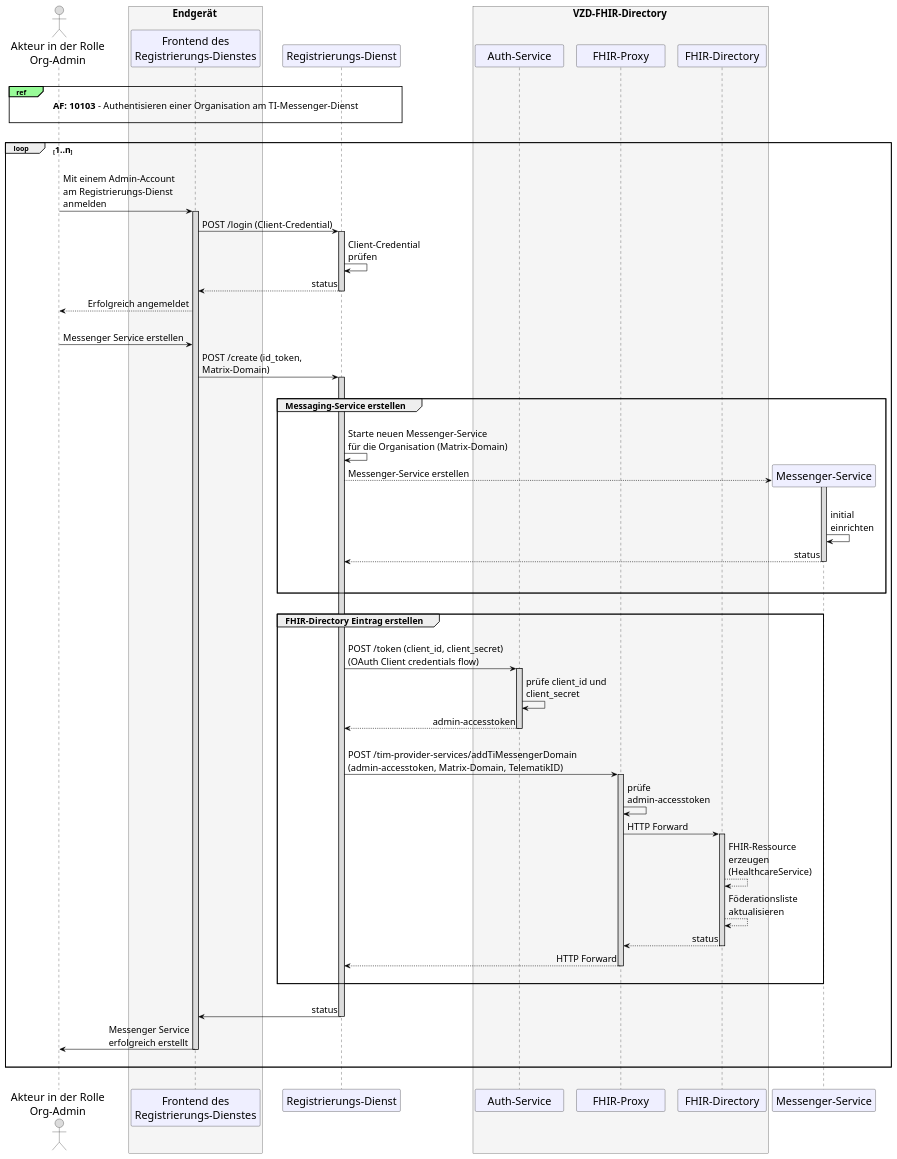
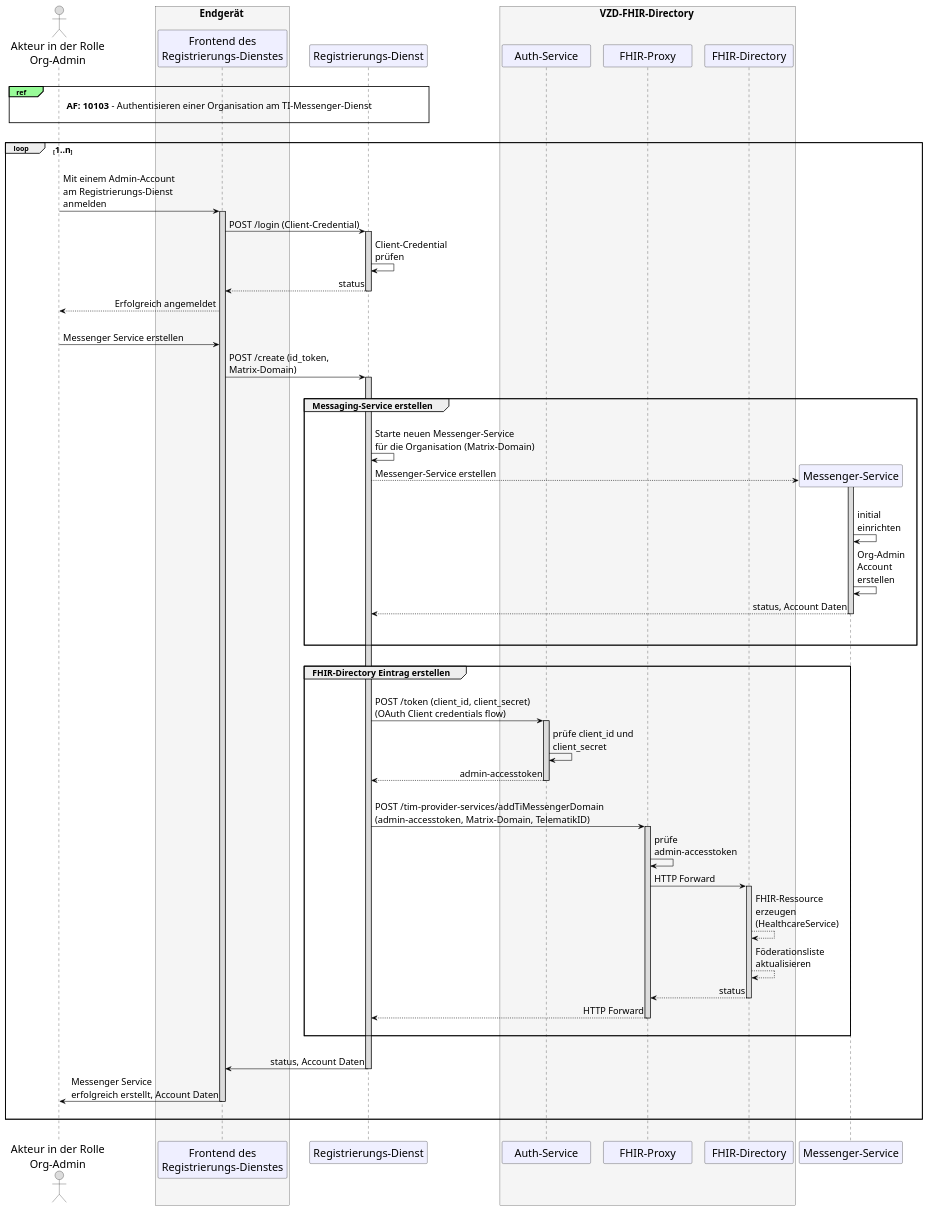
One commit to gematik/api-ti-messenger changed the diagram in src/plantuml/TI-Messenger-Dienst/Ressourcen/UC_10060_Seq.puml. Above: the diagram before and after it, drawn with PlantUML.

```diff
--- a/src/plantuml/TI-Messenger-Dienst/Ressourcen/UC_10060_Seq.puml
+++ b/src/plantuml/TI-Messenger-Dienst/Ressourcen/UC_10060_Seq.puml
@@ -9,107 +9,108 @@
 @startuml
 skinparam sequenceMessageAlign direction
 skinparam WrapWidth 300
 skinparam minClassWidth 150
 skinparam BoxPadding 1
 skinparam sequenceReferenceHeaderBackgroundColor palegreen
 scale max 2048 width
 
 skinparam sequence {
 ArrowColor black
 ArrowFontSize 17
 ActorBorderColor black
 LifeLineBorderColor black
 LifeLineBackgroundColor Gainsboro
 
 ParticipantBorderColor Motivation
 ParticipantBackgroundColor Motivation
 ParticipantFontName Impact
 ParticipantFontSize 20
 ParticipantFontColor black
 ParticipantBorderColor Black
 ParticipantBackgroundColor MOTIVATION
 
 ActorBackgroundColor Gainsboro
 ActorFontColor black
 ActorFontSize 20
 ActorFontName Aapex
 }
     actor U as "Akteur in der Rolle\nOrg-Admin"
     box <size:18>Endgerät</size> #WhiteSmoke
       participant C as "Frontend des\nRegistrierungs-Dienstes"
     end box
     participant R as "Registrierungs-Dienst"
     box <size:18>VZD-FHIR-Directory</size> #WhiteSmoke
     participant Auth as "Auth-Service"
     participant FP as "FHIR-Proxy"
     participant VZD as "FHIR-Directory"
     end box
 
 |||
 ref over U, R: <size:17>**AF: 10103** - Authentisieren einer Organisation am TI-Messenger-Dienst</size>\n 
 |||
 
 loop <size:16>1..n</size>
   |||
   U->C: Mit einem Admin-Account \nam Registrierungs-Dienst \nanmelden
     Activate C
   C->R: POST /login (Client-Credential)
     Activate R
   R->R: Client-Credential \nprüfen
   R-->C: status
     Deactivate R
   C-->U: Erfolgreich angemeldet
   |||
   U->C: Messenger Service erstellen
   C->R: POST /create (id_token, \nMatrix-Domain)
     Activate R
     
     |||
     group <size:16>Messaging-Service erstellen</size>
     |||
       R->R: Starte neuen Messenger-Service \nfür die Organisation (Matrix-Domain)
         create "Messenger-Service"
           R-->"Messenger-Service" : Messenger-Service erstellen 
         Activate "Messenger-Service"
       |||
       "Messenger-Service"->"Messenger-Service": initial \neinrichten
-      "Messenger-Service"-->R: status
+      "Messenger-Service"->"Messenger-Service": Org-Admin\nAccount\nerstellen
+      "Messenger-Service"-->R: status, Account Daten
       |||
         Deactivate "Messenger-Service"
     |||
     end
     
     |||
     
     group <size:16>FHIR-Directory Eintrag erstellen</size>
     |||
       R->Auth: POST /token (client_id, client_secret) \n(OAuth Client credentials flow)
         Activate Auth
       Auth->Auth: prüfe client_id und \nclient_secret
       Auth-->R: admin-accesstoken
         Deactivate Auth
       |||
       R->FP: POST /tim-provider-services/addTiMessengerDomain \n(admin-accesstoken, Matrix-Domain, TelematikID)
         Activate FP
       FP->FP: prüfe \nadmin-accesstoken
       FP->VZD: HTTP Forward
         Activate VZD
       VZD-->VZD: FHIR-Ressource \nerzeugen \n(HealthcareService)
       VZD-->VZD: Föderationsliste\naktualisieren
       VZD-->FP: status
         Deactivate VZD
       FP-->R: HTTP Forward
         Deactivate FP
 
     |||
     end
 
   |||
-  R->C: status
+  R->C: status, Account Daten
     Deactivate R
-  C->U: Messenger Service \nerfolgreich erstellt
+  C->U: Messenger Service \nerfolgreich erstellt, Account Daten
     Deactivate C
   |||
 end
 |||
 @enduml
```
